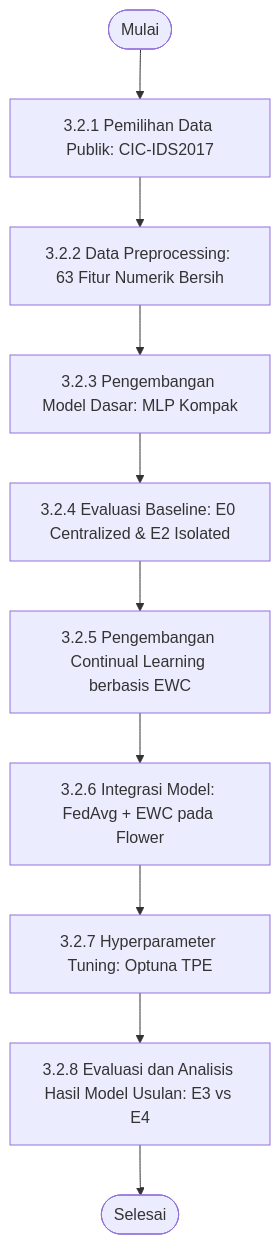
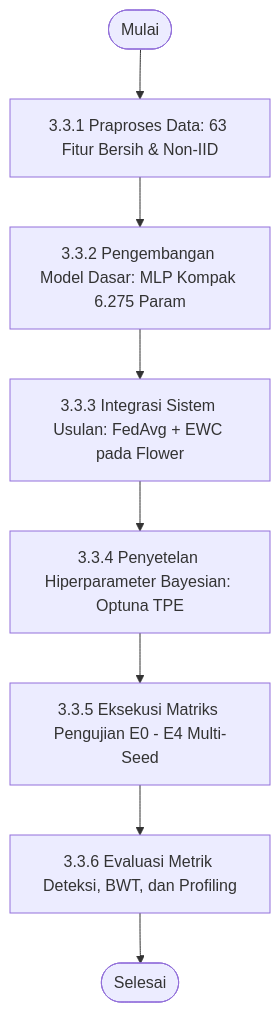
One commit to rhaffle87/brief-thesis changed the third of 7 diagrams in Penulisan/Bab-3-Metodologi-Penelitian.md. Above: the diagram before and after it, drawn with Mermaid. The commit also changed other lines of this file and 7 other files, not shown here.

````diff
--- a/Penulisan/Bab-3-Metodologi-Penelitian.md
+++ b/Penulisan/Bab-3-Metodologi-Penelitian.md
@@ -54,12 +82,10 @@
 ```mermaid
 flowchart TD
-    S([Mulai]) --> S1[3.2.1 Pemilihan Data Publik: CIC-IDS2017]
-    S1 --> S2[3.2.2 Data Preprocessing: 63 Fitur Numerik Bersih]
-    S2 --> S3[3.2.3 Pengembangan Model Dasar: MLP Kompak]
-    S3 --> S4[3.2.4 Evaluasi Baseline: E0 Centralized & E2 Isolated]
-    S4 --> S5[3.2.5 Pengembangan Continual Learning berbasis EWC]
-    S5 --> S6[3.2.6 Integrasi Model: FedAvg + EWC pada Flower]
-    S6 --> S7[3.2.7 Hyperparameter Tuning: Optuna TPE]
-    S7 --> S8[3.2.8 Evaluasi dan Analisis Hasil Model Usulan: E3 vs E4]
-    S8 --> E([Selesai])
+    S([Mulai]) --> S1[3.3.1 Praproses Data: 63 Fitur Bersih & Non-IID]
+    S1 --> S2[3.3.2 Pengembangan Model Dasar: MLP Kompak 6.275 Param]
+    S2 --> S3[3.3.3 Integrasi Sistem Usulan: FedAvg + EWC pada Flower]
+    S3 --> S4[3.3.4 Penyetelan Hiperparameter Bayesian: Optuna TPE]
+    S4 --> S5[3.3.5 Eksekusi Matriks Pengujian E0 - E4 Multi-Seed]
+    S5 --> S6[3.3.6 Evaluasi Metrik Deteksi, BWT, dan Profiling]
+    S6 --> E([Selesai])
 ```
````
